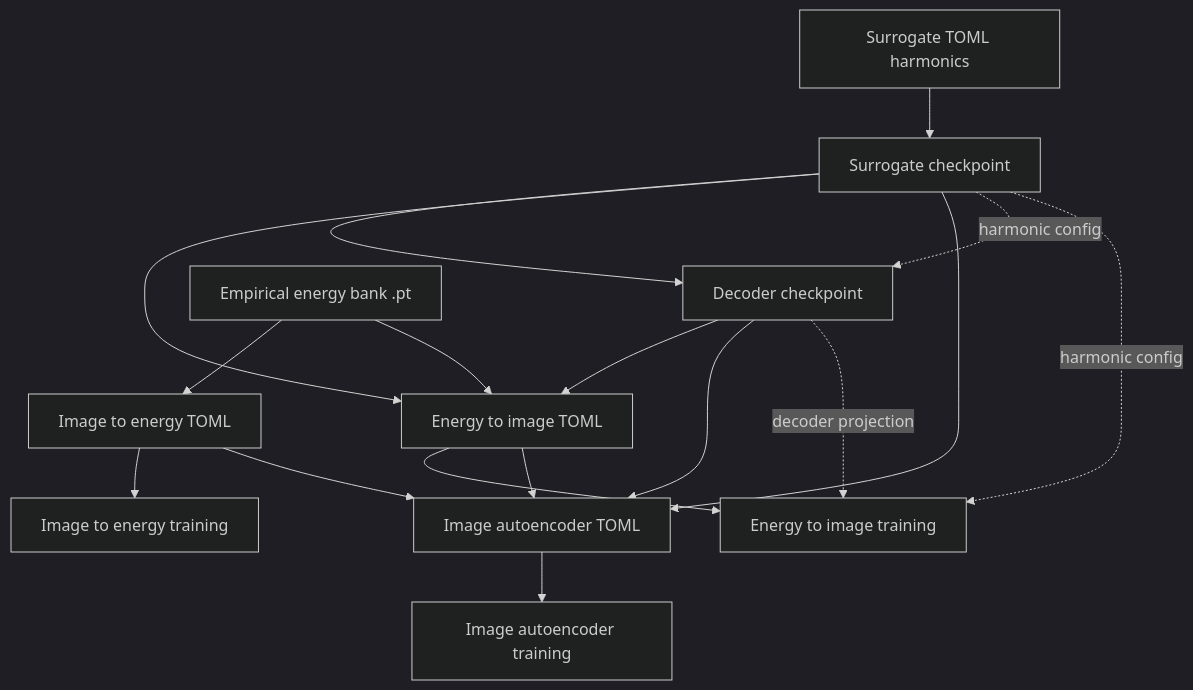
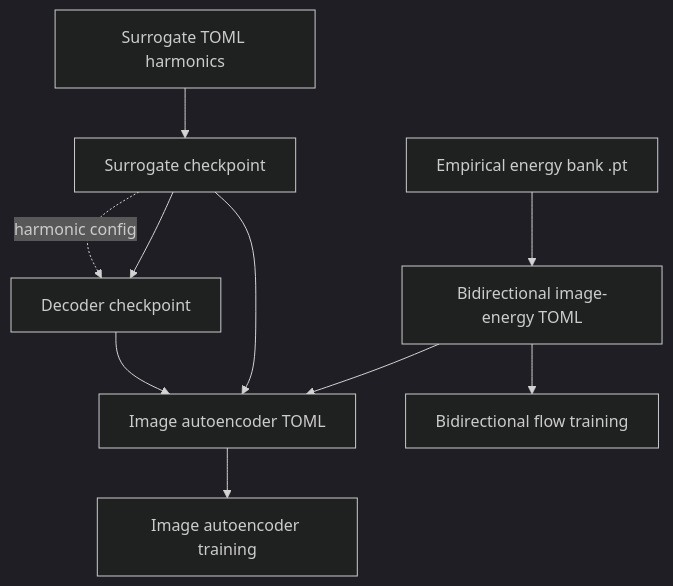
Before and after one commit to matovitch/lpap: the third of 5 diagrams in doc/training-stack.md, drawn with Mermaid (dark theme). The commit also changed other lines of this file and 34 other files, not shown here.

First line of the commit message:
Unify image and energy flows into one bidirectional trainer.

````diff
--- a/doc/training-stack.md
+++ b/doc/training-stack.md
@@ -68,28 +66,20 @@
 ```mermaid
 flowchart TD
     harmonics_config[Surrogate TOML harmonics]
     surrogate_ckpt[Surrogate checkpoint]
     decoder_ckpt[Decoder checkpoint]
-    image_flow_config[Image to energy TOML]
-    energy_flow_config[Energy to image TOML]
+    image_energy_flow_config[Bidirectional image-energy TOML]
     energy_bank[Empirical energy bank .pt]
     image_autoencoder_config[Image autoencoder TOML]
 
     harmonics_config --> surrogate_ckpt
     surrogate_ckpt --> decoder_ckpt
-    surrogate_ckpt --> energy_flow_config
-    decoder_ckpt --> energy_flow_config
-    energy_bank --> image_flow_config
-    energy_bank --> energy_flow_config
-    image_flow_config --> image_to_energy[Image to energy training]
-    energy_flow_config --> energy_to_image[Energy to image training]
-    image_flow_config --> image_autoencoder_config
-    energy_flow_config --> image_autoencoder_config
+    energy_bank --> image_energy_flow_config
+    image_energy_flow_config --> image_energy_flow[Bidirectional flow training]
+    image_energy_flow_config --> image_autoencoder_config
     surrogate_ckpt --> image_autoencoder_config
     decoder_ckpt --> image_autoencoder_config
     image_autoencoder_config --> image_autoencoder[Image autoencoder training]
 
     surrogate_ckpt -. harmonic config .-> decoder_ckpt
-    surrogate_ckpt -. harmonic config .-> energy_to_image
-    decoder_ckpt -. decoder projection .-> energy_to_image
 ```
````
